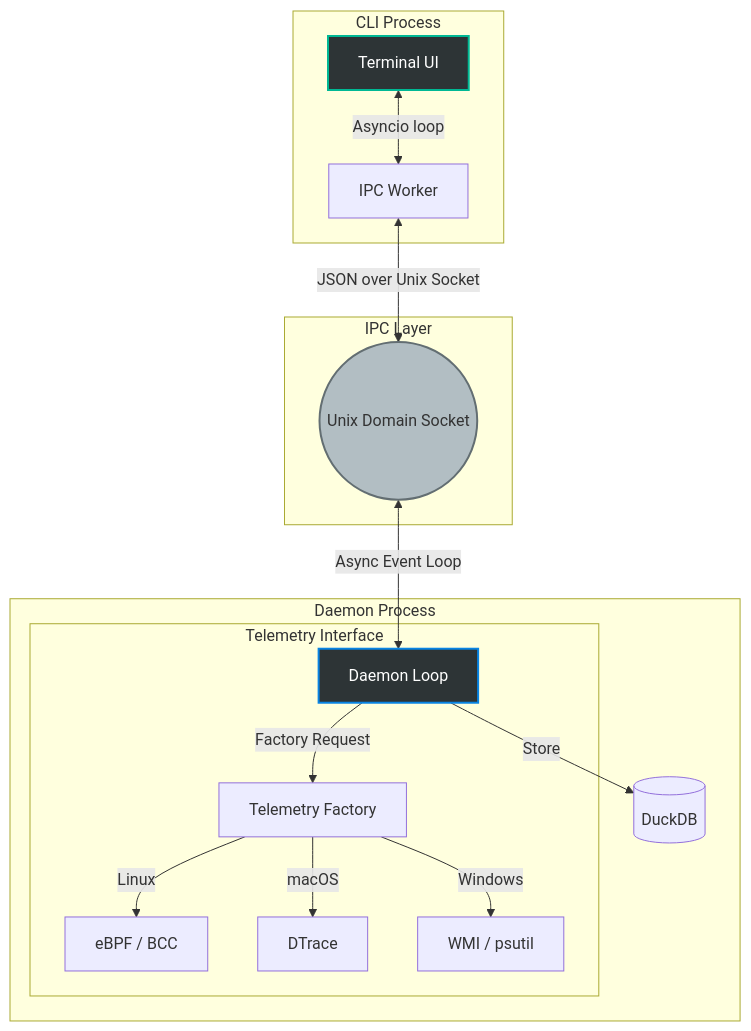
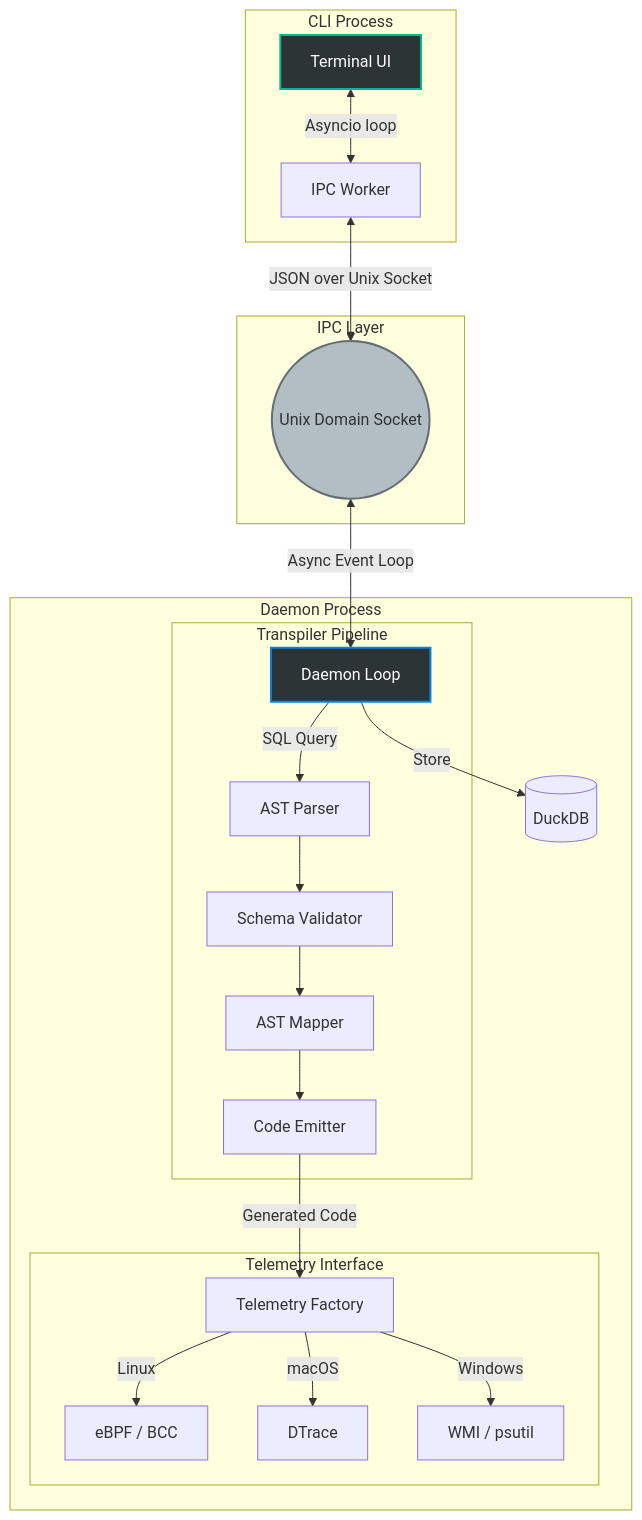
One commit to tuboa2/synapse changed the diagram in README.md. Above: the diagram before and after it, drawn with Mermaid. The commit also changed other lines of this file and 4 other files, not shown here.

````diff
--- a/README.md
+++ b/README.md
@@ -27,27 +31,34 @@
 ```mermaid
 graph TD
     subgraph CLI Process
         CLI[Terminal UI]
         CLI <-->|Asyncio loop| IPC_W[IPC Worker]
     end
 
     subgraph IPC Layer
         IPC_W <-->|JSON over Unix Socket| UDS((Unix Domain Socket))
     end
 
     subgraph Daemon Process
         UDS <-->|Async Event Loop| D[Daemon Loop]
         D -->|Store| DB[(DuckDB)]
         
+        subgraph Transpiler Pipeline
+            D -->|SQL Query| Parser[AST Parser]
+            Parser --> Validator[Schema Validator]
+            Validator --> Mapper[AST Mapper]
+            Mapper --> Emitter[Code Emitter]
+        end
+        
         subgraph Telemetry Interface
-            D -->|Factory Request| TF[Telemetry Factory]
+            Emitter -->|Generated Code| TF[Telemetry Factory]
             TF -->|Linux| eBPF[eBPF / BCC]
             TF -->|macOS| DTrace[DTrace]
             TF -->|Windows| WMI[WMI / psutil]
         end
     end
     
     style CLI fill:#2d3436,stroke:#00b894,stroke-width:2px,color:#fff
     style D fill:#2d3436,stroke:#0984e3,stroke-width:2px,color:#fff
     style UDS fill:#b2bec3,stroke:#636e72,stroke-width:2px
 ```
````
